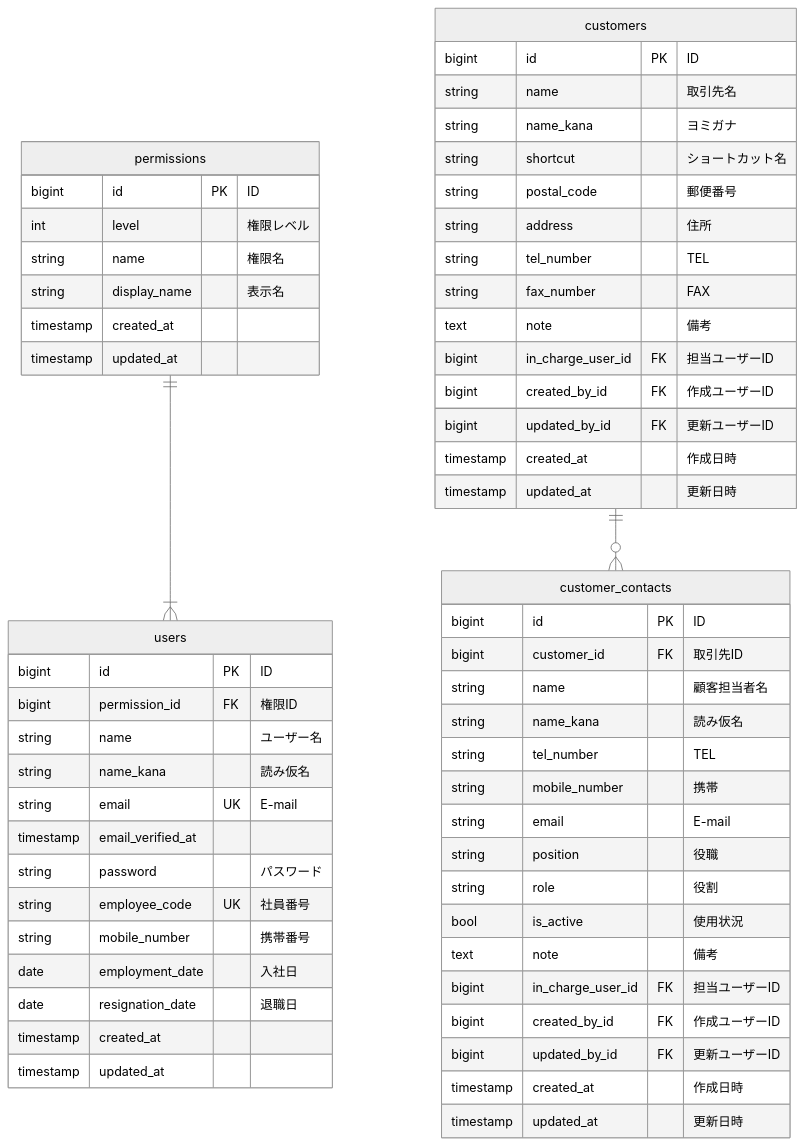
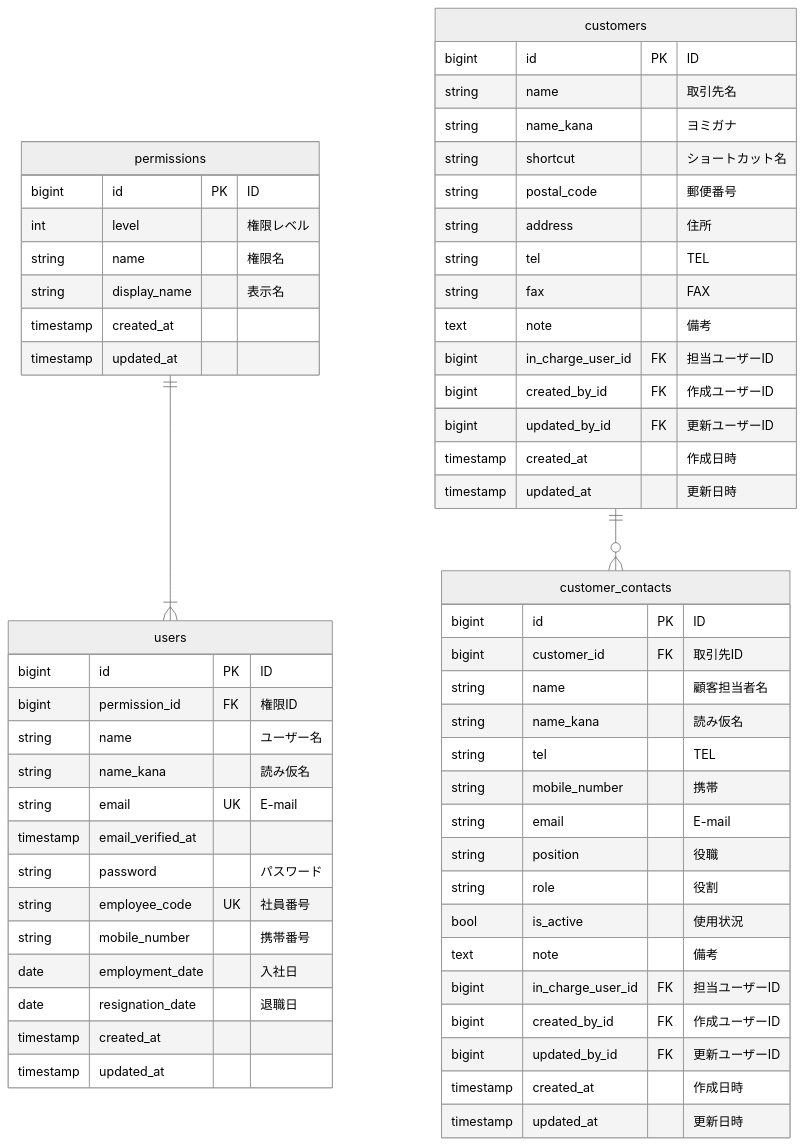
The diagram in src/ER.mmd (ryo-tom/flagship), drawn with Mermaid (neutral theme) before and after one commit. The commit also changed 23 other files, not shown here.

Commit message:
refactor: rename tel,fax_number columns

```diff
--- a/src/ER.mmd
+++ b/src/ER.mmd
@@ -1,73 +1,73 @@
 erDiagram
 
   %% Table relationships
   permissions ||--|{ users : ""
   customers ||--o{ customer_contacts : ""
 
   %% Table definitions
 
   %% 権限
   permissions {
     bigint id PK "ID"
     int level "権限レベル"
     string name "権限名"
     string display_name "表示名"
     timestamp created_at
     timestamp updated_at
   }
 
   %% ユーザー
   users {
     bigint id PK "ID"
     bigint permission_id FK "権限ID"
     string name "ユーザー名"
     string name_kana "読み仮名"
     string email UK "E-mail"
     timestamp email_verified_at
     string password "パスワード"
     string employee_code UK "社員番号"
     string mobile_number "携帯番号"
     date employment_date "入社日"
     date resignation_date "退職日"
     timestamp created_at
     timestamp updated_at
   }
 
 
   %% 取引先
   customers {
     bigint id PK "ID"
     string name "取引先名"
     string name_kana "ヨミガナ"
     string shortcut "ショートカット名"
     string postal_code "郵便番号"
     string address "住所"
-    string tel_number "TEL"
-    string fax_number "FAX"
+    string tel "TEL"
+    string fax "FAX"
     text note "備考"
     bigint in_charge_user_id FK "担当ユーザーID"
     bigint created_by_id FK "作成ユーザーID"
     bigint updated_by_id FK "更新ユーザーID"
     timestamp created_at "作成日時"
     timestamp updated_at "更新日時"
   }
 
   %% 取引先担当者
   customer_contacts {
     bigint id PK "ID"
     bigint customer_id FK "取引先ID"
     string name "顧客担当者名"
     string name_kana "読み仮名"
-    string tel_number "TEL"
+    string tel "TEL"
     string mobile_number "携帯"
     string email "E-mail"
     string position "役職"
     string role "役割"
     bool is_active "使用状況"
     text note "備考"
     bigint in_charge_user_id FK "担当ユーザーID"
     bigint created_by_id FK "作成ユーザーID"
     bigint updated_by_id FK "更新ユーザーID"
     timestamp created_at "作成日時"
     timestamp updated_at "更新日時"
   }
```
